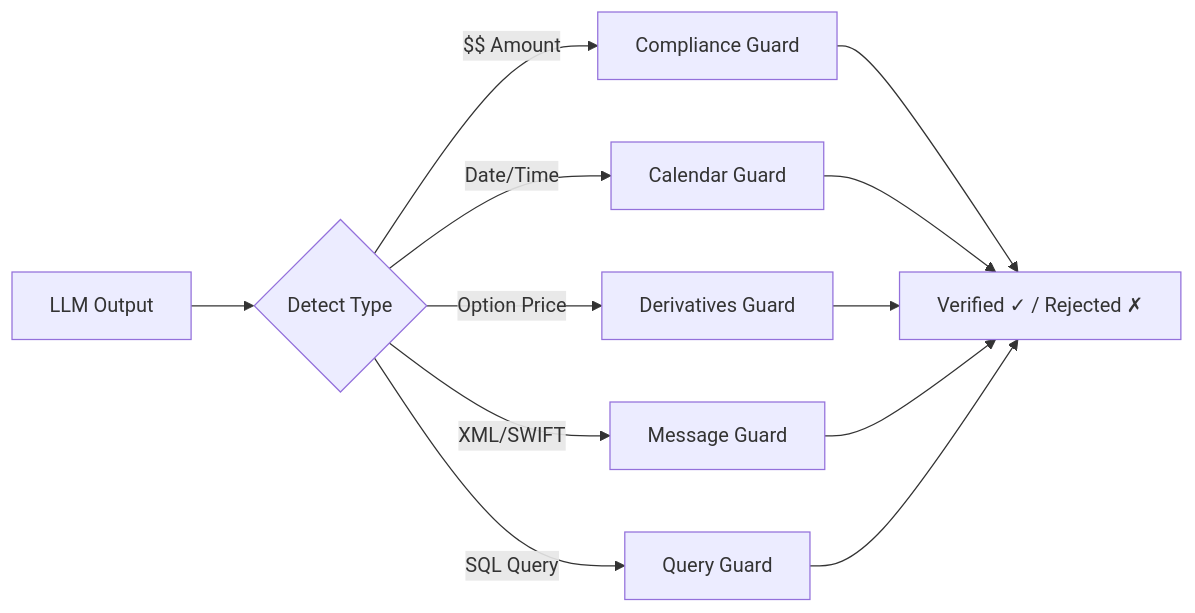
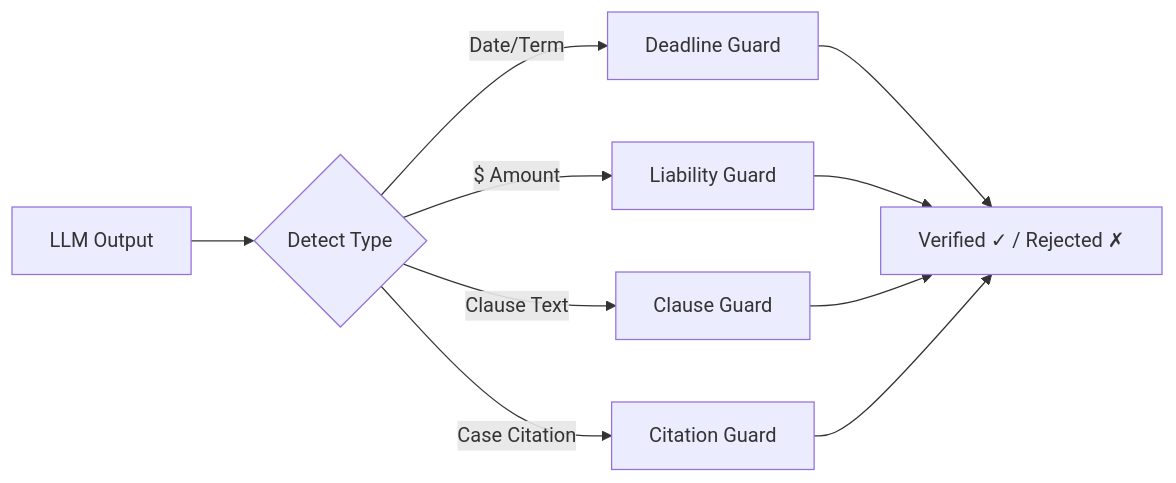
The second of 2 diagrams in fr/overview.mdx (QWED-AI/docs), drawn with Mermaid before and after one commit. The commit also changed other lines of this file, not shown here.

````diff
--- a/fr/overview.mdx
+++ b/fr/overview.mdx
@@ -100,16 +109,14 @@
 ```mermaid
 flowchart LR
     Input["LLM Output"] --> Detect{"Detect Type"}
     
-    Detect -->|"$$ Amount"| CG["Compliance Guard"]
-    Detect -->|"Date/Time"| CAL["Calendar Guard"]
-    Detect -->|"Option Price"| DG["Derivatives Guard"]
-    Detect -->|"XML/SWIFT"| MG["Message Guard"]
-    Detect -->|"SQL Query"| QG["Query Guard"]
+    Detect -->|"Date/Term"| DG["Deadline Guard"]
+    Detect -->|"$ Amount"| LG["Liability Guard"]
+    Detect -->|"Clause Text"| CG["Clause Guard"]
+    Detect -->|"Case Citation"| CTG["Citation Guard"]
     
-    CG --> Result["Verified ✓ / Rejected ✗"]
-    CAL --> Result
-    DG --> Result
-    MG --> Result
-    QG --> Result
+    DG --> Result["Verified ✓ / Rejected ✗"]
+    LG --> Result
+    CG --> Result
+    CTG --> Result
 ```
````
